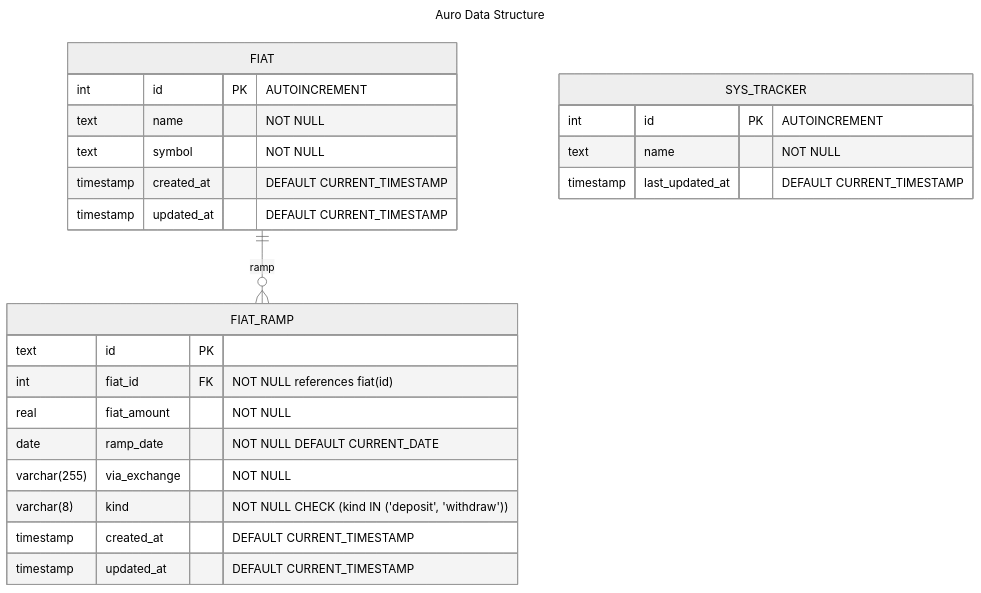
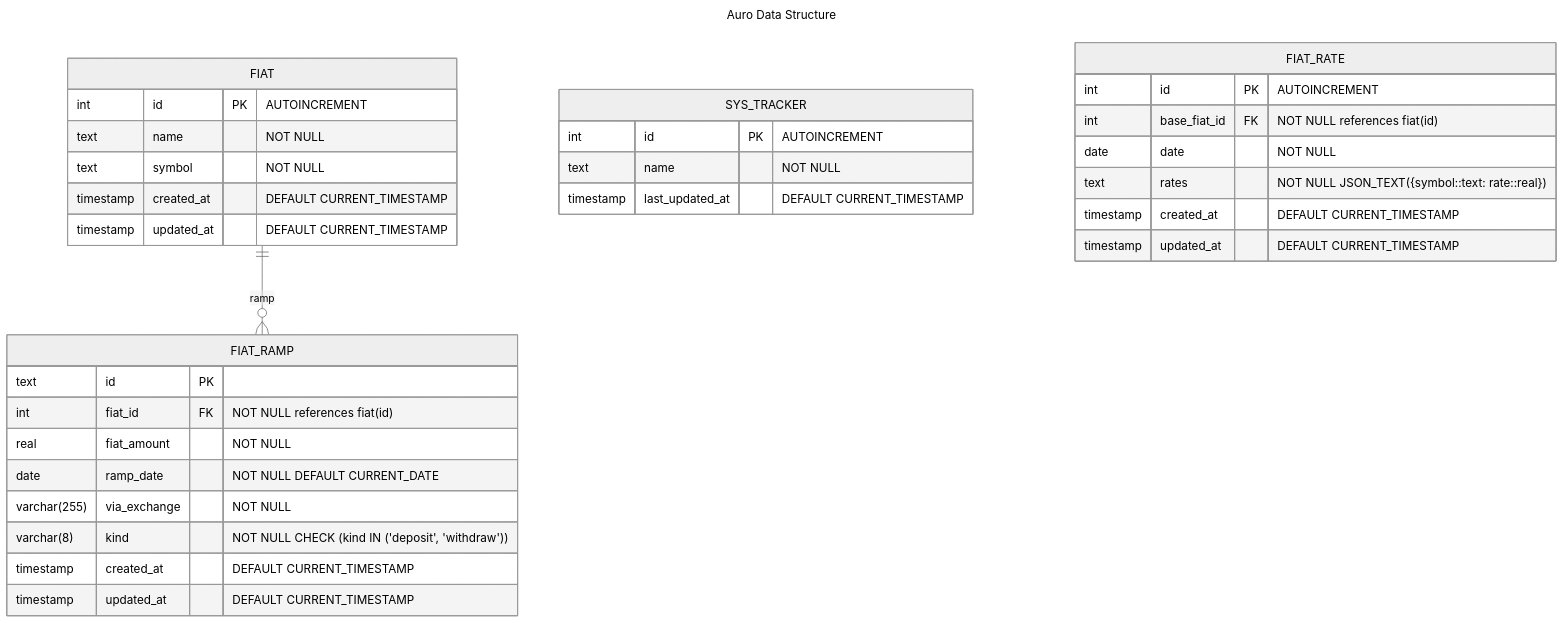
The diagram in docs/data-structure.mmd (darwinsubramaniam/aura), drawn with Mermaid (neutral theme) before and after one commit. The commit also changed 17 other files, not shown here.

```diff
--- a/docs/data-structure.mmd
+++ b/docs/data-structure.mmd
@@ -1,29 +1,38 @@
 ---
 title: Auro Data Structure
 ---
 erDiagram
     FIAT {
         int id PK "AUTOINCREMENT"
         text name "NOT NULL"
         text symbol "NOT NULL" 
         timestamp created_at "DEFAULT CURRENT_TIMESTAMP"
         timestamp updated_at "DEFAULT CURRENT_TIMESTAMP"
     }
     FIAT_RAMP{
         text id PK
         int fiat_id FK "NOT NULL references fiat(id)"
         real fiat_amount "NOT NULL"
         date ramp_date "NOT NULL DEFAULT CURRENT_DATE"
         varchar(255) via_exchange "NOT NULL"
         varchar(8) kind " NOT NULL CHECK (kind IN ('deposit', 'withdraw')) " 
         timestamp created_at "DEFAULT CURRENT_TIMESTAMP"
         timestamp updated_at "DEFAULT CURRENT_TIMESTAMP"
     }
 
     FIAT ||--o{ FIAT_RAMP : ramp
 
     SYS_TRACKER {
         int id PK "AUTOINCREMENT"
         text name "NOT NULL"
         timestamp last_updated_at "DEFAULT CURRENT_TIMESTAMP"
     }
+
+    FIAT_RATE{
+        int id PK "AUTOINCREMENT"
+        int base_fiat_id FK "NOT NULL references fiat(id)"
+        date date "NOT NULL"
+        text rates "NOT NULL JSON_TEXT({symbol::text: rate::real})"
+        timestamp created_at "DEFAULT CURRENT_TIMESTAMP"
+        timestamp updated_at "DEFAULT CURRENT_TIMESTAMP"
+    }
```
